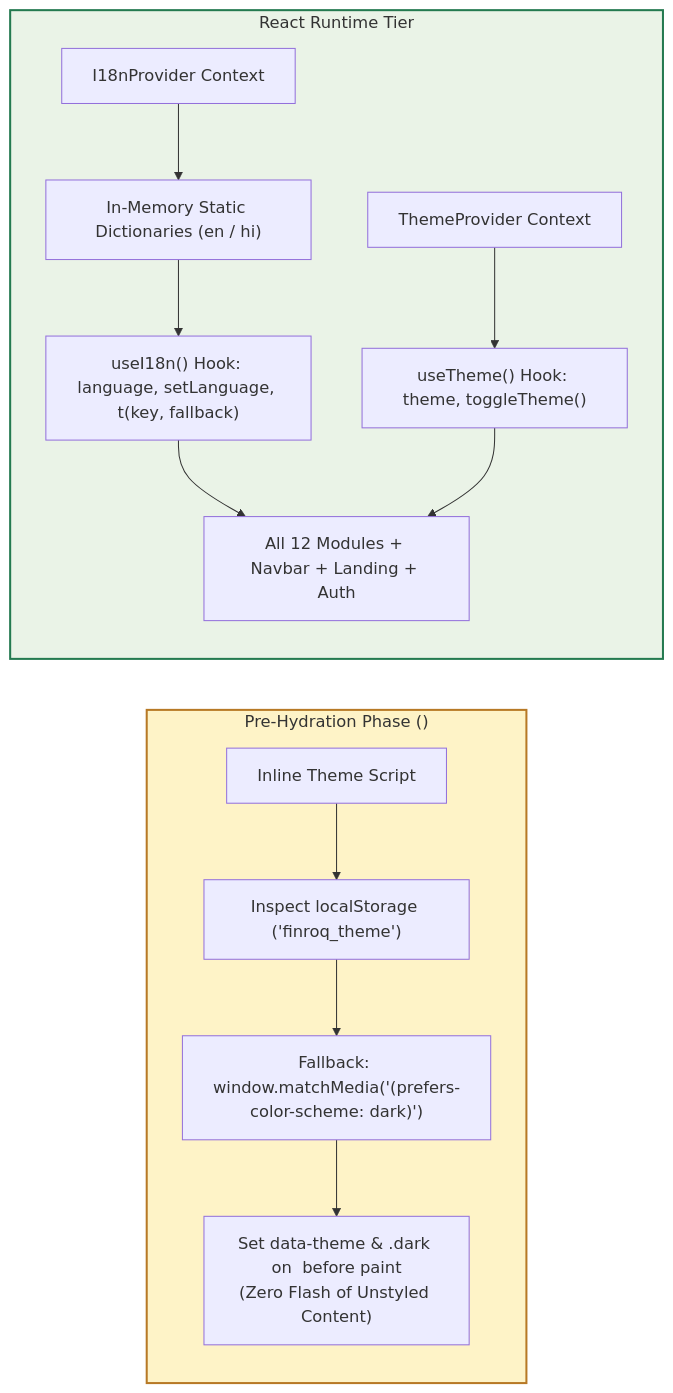
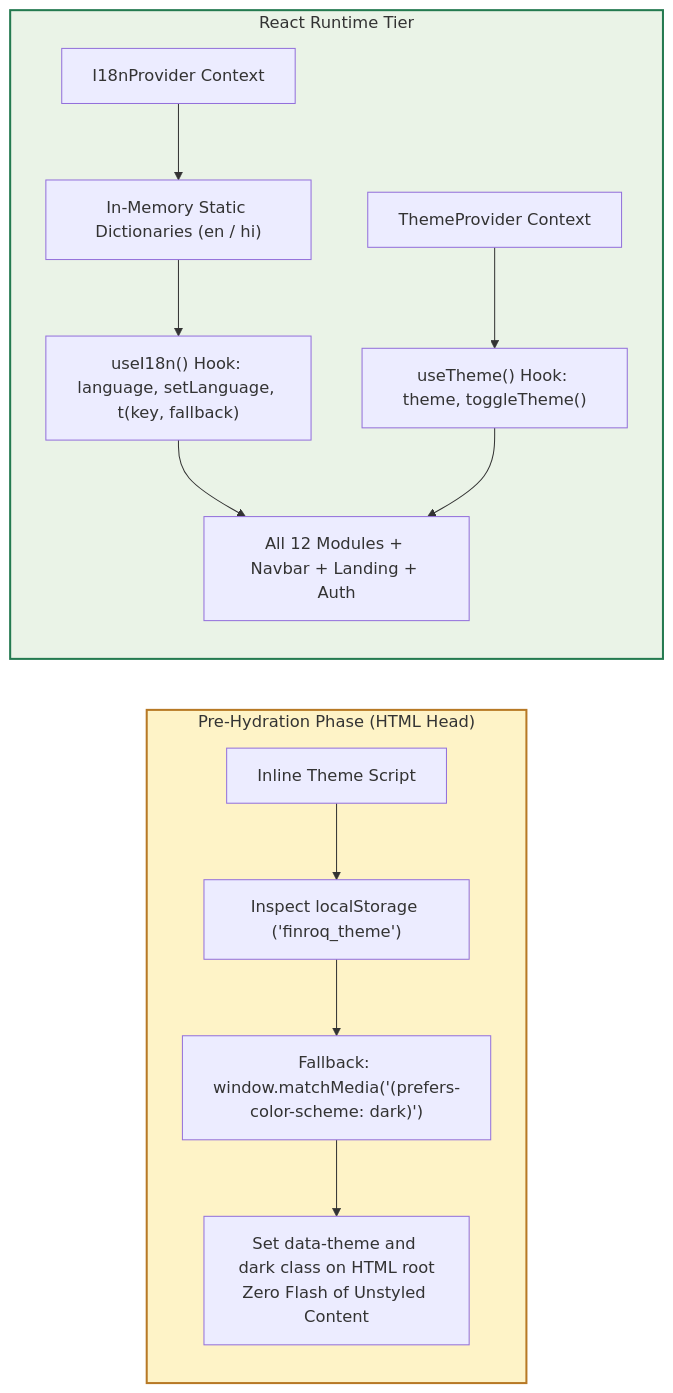
Before and after one commit to nikhillakra2007-tech/finroq: the fourth of 4 diagrams in README.md, drawn with Mermaid. The commit also changed other lines of this file and 6 other files, not shown here.

Commit message:
DOCS(ARCHITECTURE): RESOLVE GITHUB MERMAID PARSER SYNTAX, REFRESH PURE APPLICATION SCREENSHOT EXHIBITS, AND STANDARDIZE TELEMETRY SPECIFICATION

````diff
--- a/README.md
+++ b/README.md
@@ -244,20 +255,20 @@
 ```mermaid
 flowchart LR
-    subgraph PRE_HYDRATION["Pre-Hydration Phase (<head>)"]
+    subgraph PRE_HYDRATION["Pre-Hydration Phase (HTML Head)"]
         SCRIPT["Inline Theme Script"] --> LOCAL_STORAGE["Inspect localStorage ('finroq_theme')"]
         LOCAL_STORAGE --> OS_PREF["Fallback: window.matchMedia('(prefers-color-scheme: dark)')"]
-        OS_PREF --> APPLY_ATTR["Set data-theme & .dark on <html> before paint\n(Zero Flash of Unstyled Content)"]
+        OS_PREF --> APPLY_ATTR["Set data-theme and dark class on HTML root<br/>Zero Flash of Unstyled Content"]
     end
 
     subgraph RUNTIME["React Runtime Tier"]
         I18N_CTX["I18nProvider Context"] --> DICT["In-Memory Static Dictionaries (en / hi)"]
         DICT --> HOOK["useI18n() Hook: language, setLanguage, t(key, fallback)"]
         HOOK --> ALL_VIEWS["All 12 Modules + Navbar + Landing + Auth"]
         
         THEME_CTX["ThemeProvider Context"] --> THEME_HOOK["useTheme() Hook: theme, toggleTheme()"]
         THEME_HOOK --> ALL_VIEWS
     end
 
     style PRE_HYDRATION fill:#FEF3C7,stroke:#B77925,stroke-width:2px;
     style RUNTIME fill:#EAF3E7,stroke:#247A50,stroke-width:2px;
 ```
````
